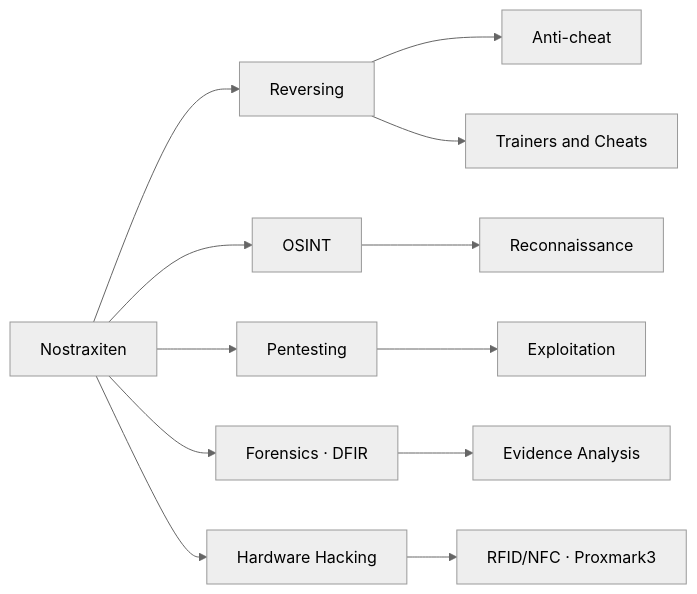
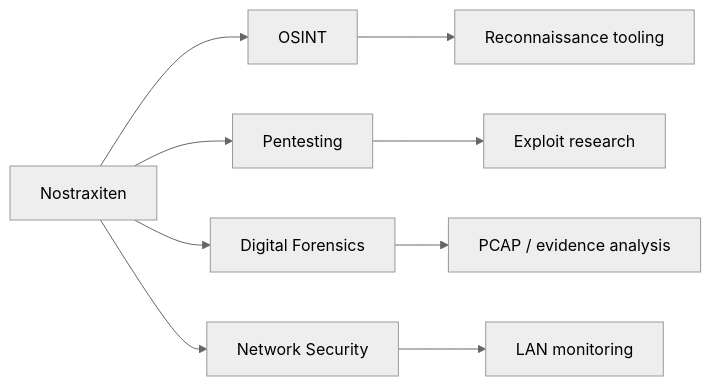
Before and after one commit to Nostraxiten/nostraxiten: the diagram in README.md, drawn with Mermaid (neutral theme). The commit also changed other lines of this file, not shown here.

````diff
--- a/README.md
+++ b/README.md
@@ -75,14 +25,11 @@
 ```mermaid
-graph LR;
-    N[Nostraxiten]-->A[Reversing]
-    N-->B[OSINT]
-    N-->C[Pentesting]
-    N-->D[Forensics · DFIR]
-    N-->E[Hardware Hacking]
-    A-->A1[Anti-cheat]
-    A-->A2[Trainers and Cheats]
-    B-->B1[Reconnaissance]
-    C-->C1[Exploitation]
-    D-->D1[Evidence Analysis]
-    E-->E1[RFID/NFC · Proxmark3]
+graph LR
+    N[Nostraxiten] --> A[OSINT]
+    N --> B[Pentesting]
+    N --> C[Digital Forensics]
+    N --> D[Network Security]
+    A --> A1[Reconnaissance tooling]
+    B --> B1[Exploit research]
+    C --> C1[PCAP / evidence analysis]
+    D --> D1[LAN monitoring]
 ```
````
